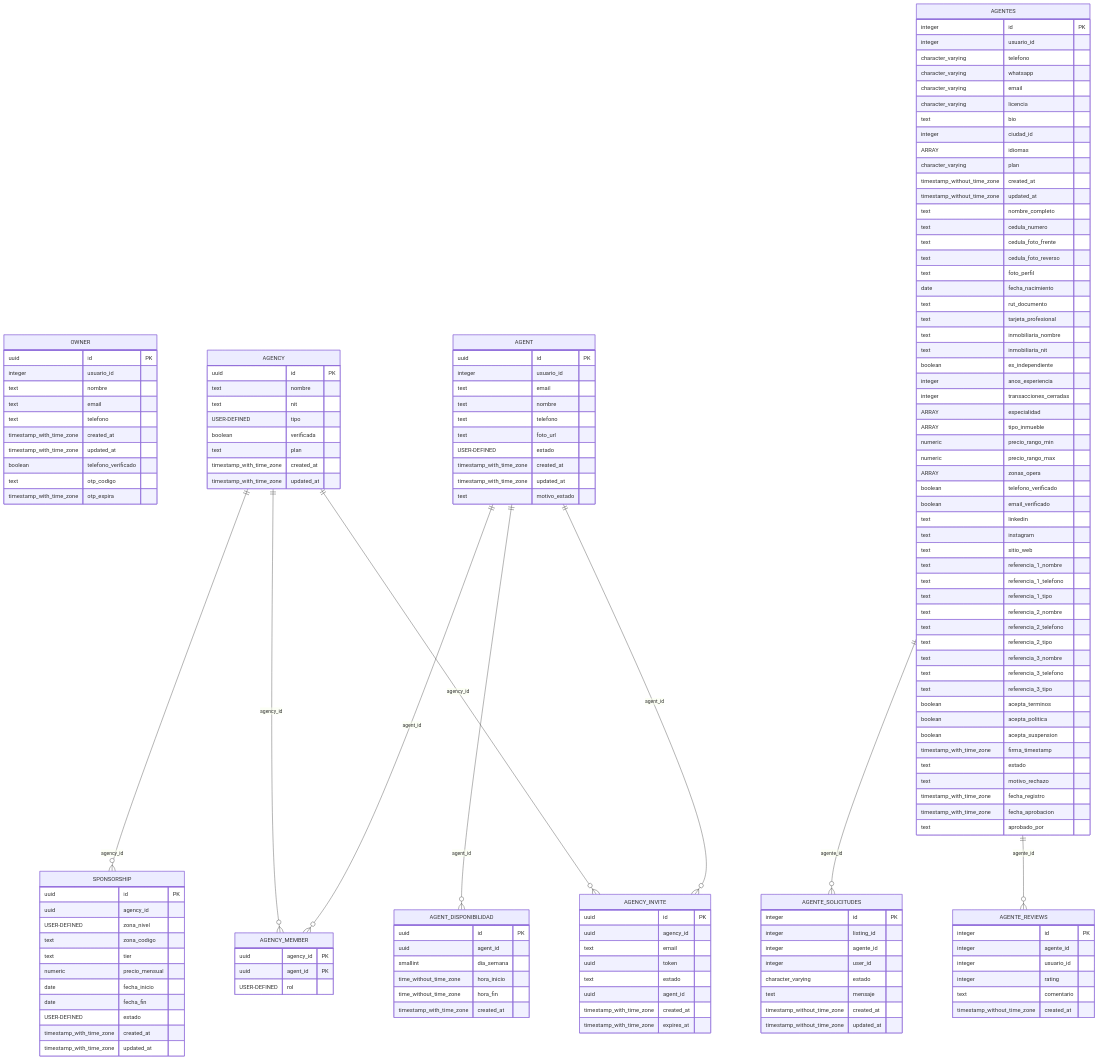
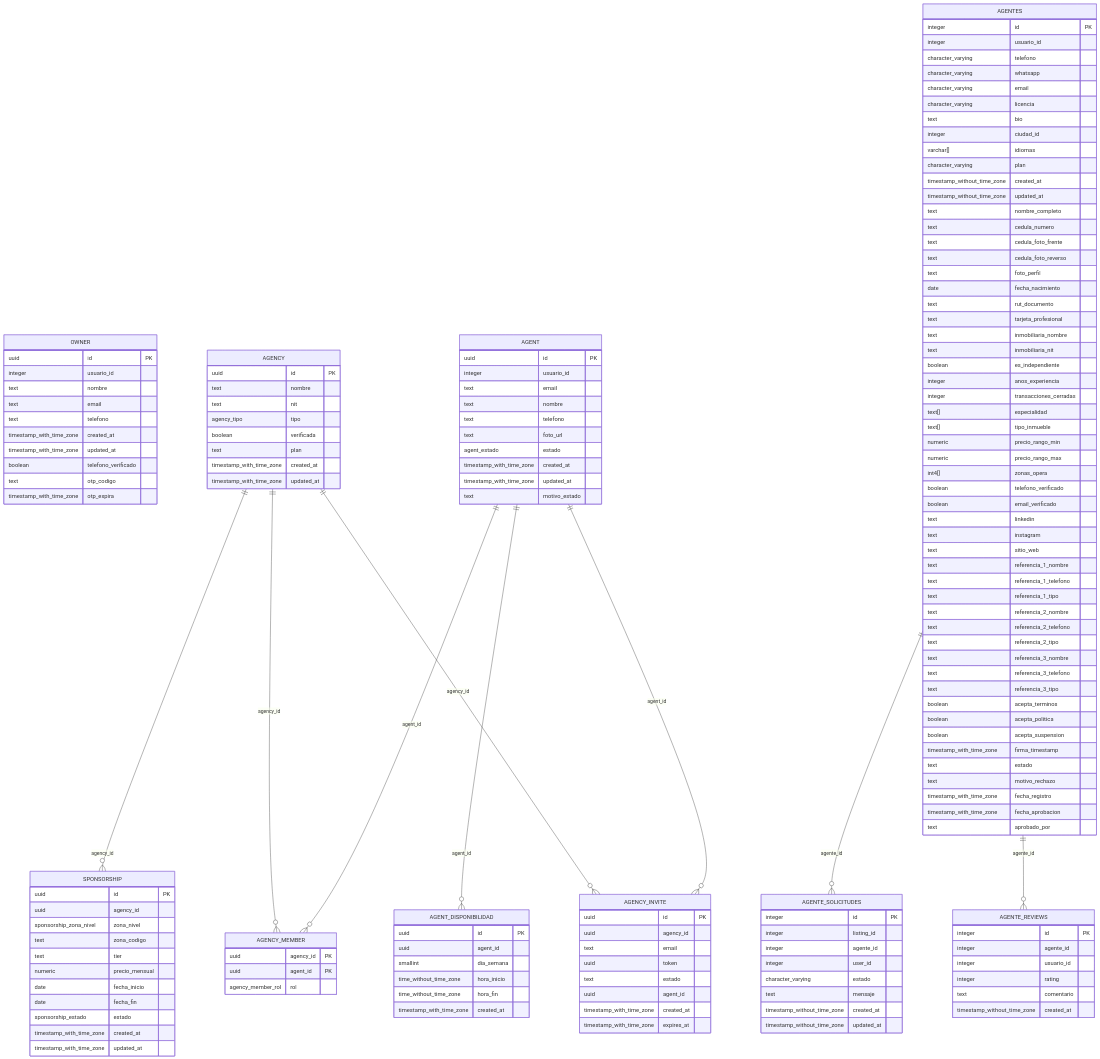
Before and after one commit to Medellin-Social/urbi-map-vision: the second of 9 diagrams in docs/DATABASE_SCHEMA.md, drawn with Mermaid. The commit also changed other lines of this file and 2 other files, not shown here.

First line of the commit message:
fix(docs): tipos DBML inválidos — USER-DEFINED/ARRAY/time sin resolver

```diff
--- a/docs/DATABASE_SCHEMA.md
+++ b/docs/DATABASE_SCHEMA.md
@@ -187,7 +187,7 @@
         text nombre
         text telefono
         text foto_url
-        USER-DEFINED estado
+        agent_estado estado
         timestamp_with_time_zone created_at
         timestamp_with_time_zone updated_at
         text motivo_estado
@@ -196,7 +196,7 @@
         uuid id PK
         text nombre
         text nit
-        USER-DEFINED tipo
+        agency_tipo tipo
         boolean verificada
         text plan
         timestamp_with_time_zone created_at
@@ -205,7 +205,7 @@
     AGENCY_MEMBER {
         uuid agency_id PK
         uuid agent_id PK
-        USER-DEFINED rol
+        agency_member_rol rol
     }
     AGENCY_INVITE {
         uuid id PK
@@ -220,13 +220,13 @@
     SPONSORSHIP {
         uuid id PK
         uuid agency_id
-        USER-DEFINED zona_nivel
+        sponsorship_zona_nivel zona_nivel
         text zona_codigo
         text tier
         numeric precio_mensual
         date fecha_inicio
         date fecha_fin
-        USER-DEFINED estado
+        sponsorship_estado estado
         timestamp_with_time_zone created_at
         timestamp_with_time_zone updated_at
     }
@@ -247,7 +247,7 @@
         character_varying licencia
         text bio
         integer ciudad_id
-        ARRAY idiomas
+        varchar[] idiomas
         character_varying plan
         timestamp_without_time_zone created_at
         timestamp_without_time_zone updated_at
@@ -264,11 +264,11 @@
         boolean es_independiente
         integer anos_experiencia
         integer transacciones_cerradas
-        ARRAY especialidad
-        ARRAY tipo_inmueble
+        text[] especialidad
+        text[] tipo_inmueble
         numeric precio_rango_min
         numeric precio_rango_max
-        ARRAY zonas_opera
+        int4[] zonas_opera
         boolean telefono_verificado
         boolean email_verificado
         text linkedin
```
